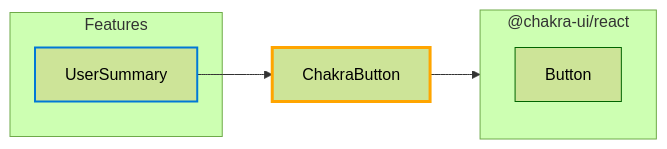
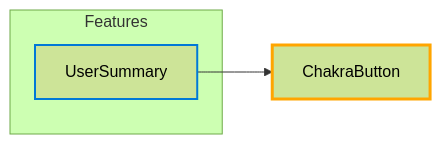
One commit to star4beam/react-package-analyzer changed the diagram in test-project-import-analysis/hubs/ChakraButton.md. Above: the diagram before and after it, drawn with Mermaid (forest theme). The commit also changed other lines of this file and 9 other files, not shown here.

Commit message:
Fix: mermaid links, direct hub dependencies

````diff
--- a/test-project-import-analysis/hubs/ChakraButton.md
+++ b/test-project-import-analysis/hubs/ChakraButton.md
@@ -27,38 +15,27 @@
 ```mermaid
 flowchart LR
     %% Node styles
     classDef feature stroke:#0078d7,stroke-width:2px
     classDef currentHub stroke:#ffa500,stroke-width:3px
     classDef main stroke:#d04a02,stroke-width:2px
     classDef intermediate stroke:#7e6000,stroke-width:2px
     classDef base stroke:#006400,stroke-width:2px
     classDef component stroke:#006400,stroke-width:1px
 
     %% Link styles
     linkStyle default stroke:#333,stroke-width:1px
     %% Use different arrow styles for dependency types
     %% Direct: solid line, Indirect: dashed line, Both: thick solid line
 
     hub_ChakraButton["ChakraButton"]
     class hub_ChakraButton currentHub
 
     %% Features that use this hub (directly or indirectly)
     subgraph Features["Features"]
         feature_UserSummary["UserSummary"]
         class feature_UserSummary feature
     end
 
     feature_UserSummary --> hub_ChakraButton
-    click feature_UserSummary "../features/UserSummary.md" "Go to UserSummary feature"
-
     %% Direct hub-to-hub connections
-
-    %% Components directly used by this hub
-    subgraph pkg__chakra_ui_react["@chakra-ui/react"]
-        comp__chakra_ui_react_Button["Button"]
-        class comp__chakra_ui_react_Button component
-    end
-    hub_ChakraButton --> pkg__chakra_ui_react
-    click comp__chakra_ui_react_Button "../components/@chakra-ui_react/Button.md" "Go to Button component"
-
 ```
````
